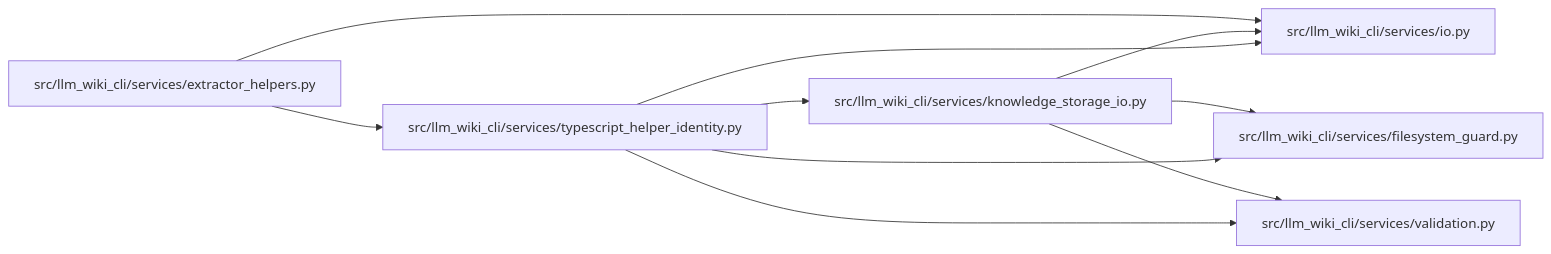
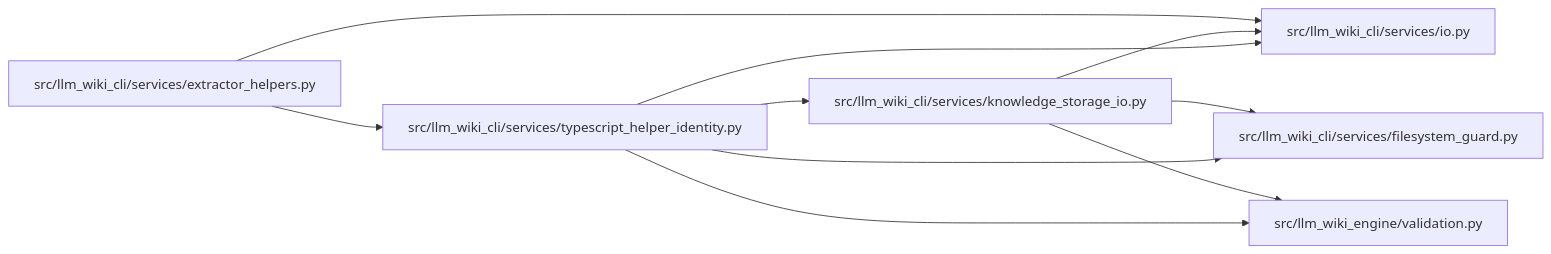
Before and after one commit to Denissvgn/python-wiki-llm: the diagram in docs/llm_wiki/modules/typescript_helper_identity.md, drawn with Mermaid. The commit also changed other lines of this file and 1103 other files, not shown here.

First line of the commit message:
docs: refresh the wiki for the llm-wiki-engine distribution

````diff
--- a/docs/llm_wiki/modules/typescript_helper_identity.md
+++ b/docs/llm_wiki/modules/typescript_helper_identity.md
@@ -33,24 +33,24 @@
 ```mermaid
 flowchart LR
     n0["src/llm_wiki_cli/services/extractor_helpers.py"]
     n1["src/llm_wiki_cli/services/filesystem_guard.py"]
     n2["src/llm_wiki_cli/services/io.py"]
     n3["src/llm_wiki_cli/services/knowledge_storage_io.py"]
     n4["src/llm_wiki_cli/services/typescript_helper_identity.py"]
-    n5["src/llm_wiki_cli/services/validation.py"]
+    n5["src/llm_wiki_engine/validation.py"]
     n0 --> n2
     n0 --> n4
     n3 --> n1
     n3 --> n2
     n3 --> n5
     n4 --> n1
     n4 --> n2
     n4 --> n3
     n4 --> n5
     click n0 "../modules/extractor_helpers.md"
     click n1 "../modules/filesystem_guard.md"
     click n2 "../modules/io.md"
     click n3 "../modules/knowledge_storage_io.md"
     click n4 "../modules/typescript_helper_identity.md"
     click n5 "../modules/validation.md"
 ```
````
